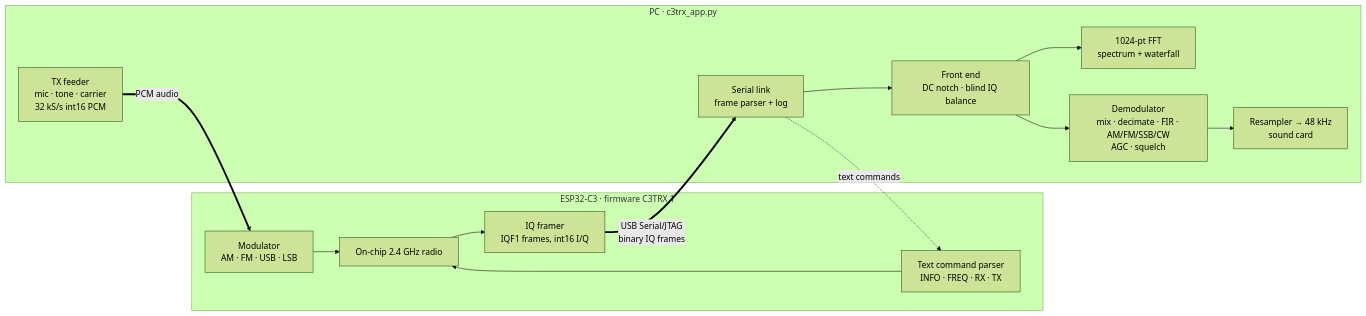
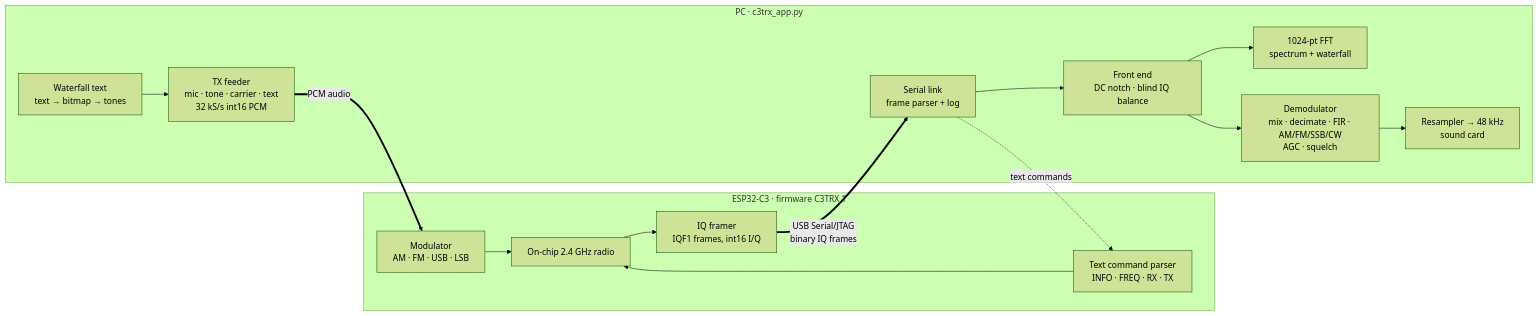
Before and after one commit to z1000biker/esp32c3rxtx: the first of 2 diagrams in README.md, drawn with Mermaid (forest theme). The commit also changed other lines of this file, not shown here.

Commit message:
README: document waterfall text messages

````diff
--- a/README.md
+++ b/README.md
@@ -61,27 +62,29 @@
 ```mermaid
 flowchart LR
     subgraph C3["ESP32-C3  ·  firmware C3TRX 1"]
         RF["On-chip 2.4 GHz radio"]
         CMD["Text command parser<br/>INFO · FREQ · RX · TX"]
         IQ["IQ framer<br/>IQF1 frames, int16 I/Q"]
         MOD["Modulator<br/>AM · FM · USB · LSB"]
         RF --> IQ
         CMD --> RF
         MOD --> RF
     end
 
     subgraph PC["PC  ·  c3trx_app.py"]
         LINK["Serial link<br/>frame parser + log"]
         FRONT["Front end<br/>DC notch · blind IQ balance"]
         FFT["1024-pt FFT<br/>spectrum + waterfall"]
         DEM["Demodulator<br/>mix · decimate · FIR · AM/FM/SSB/CW<br/>AGC · squelch"]
         AUD["Resampler → 48 kHz<br/>sound card"]
-        TXF["TX feeder<br/>mic · tone · carrier<br/>32 kS/s int16 PCM"]
+        WFT["Waterfall text<br/>text → bitmap → tones"]
+        TXF["TX feeder<br/>mic · tone · carrier · text<br/>32 kS/s int16 PCM"]
+        WFT --> TXF
         LINK --> FRONT --> FFT
         FRONT --> DEM --> AUD
     end
 
     IQ == "USB Serial/JTAG<br/>binary IQ frames" ==> LINK
     LINK -. "text commands" .-> CMD
     TXF == "PCM audio" ==> MOD
 ```
````
